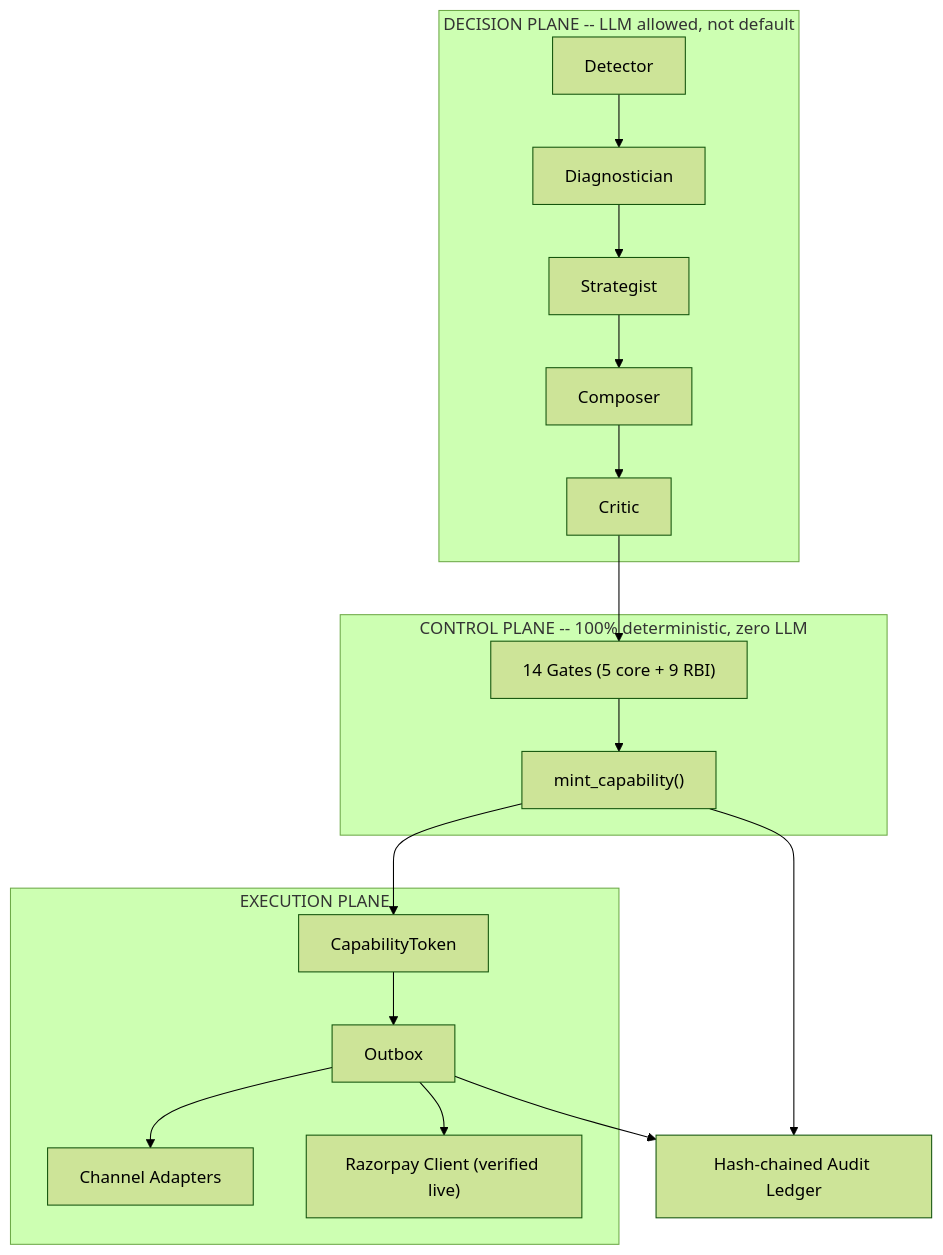
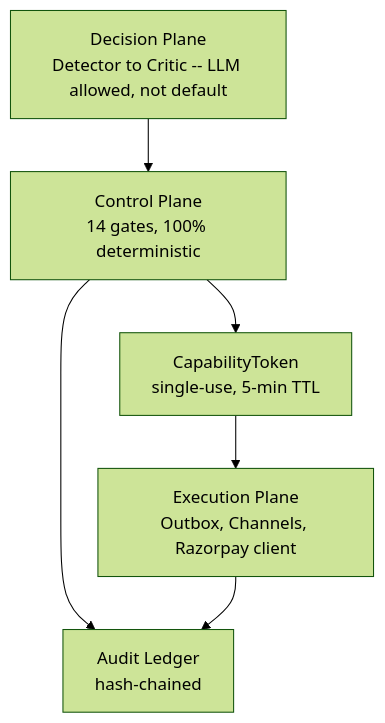
Before and after one commit to Subhitcha04/Bakaya-RazorPay-Buildathon: the first of 3 diagrams in README.md, drawn with Mermaid (forest theme). The commit also changed other lines of this file, not shown here.

Commit message:
Condense diagrams 1 and 2 to 5-8 boxes for readable rendering

````diff
--- a/README.md
+++ b/README.md
@@ -55,33 +56,8 @@
 ```mermaid
 flowchart TB
-    A["Detector"] --> B["Diagnostician"]
-    B --> C["Strategist"]
-    C --> D["Composer"]
-    D --> E["Critic"]
-    E --> F["14 Gates (5 core + 9 RBI)"]
-    F --> G["mint_capability()"]
-    G --> H["CapabilityToken"]
-    H --> I["Outbox"]
-    I --> J["Channel Adapters"]
-    I --> K["Razorpay Client (verified live)"]
-    G --> L["Hash-chained Audit Ledger"]
-    I --> L
-
-    subgraph DECISION["DECISION PLANE -- LLM allowed, not default"]
-        A
-        B
-        C
-        D
-        E
-    end
-    subgraph CONTROL["CONTROL PLANE -- 100% deterministic, zero LLM"]
-        F
-        G
-    end
-    subgraph EXECUTION["EXECUTION PLANE"]
-        H
-        I
-        J
-        K
-    end
+    A["Decision Plane<br/>Detector to Critic -- LLM allowed, not default"] --> B["Control Plane<br/>14 gates, 100% deterministic"]
+    B --> C["CapabilityToken<br/>single-use, 5-min TTL"]
+    C --> D["Execution Plane<br/>Outbox, Channels, Razorpay client"]
+    B --> E["Audit Ledger<br/>hash-chained"]
+    D --> E
 ```
````
